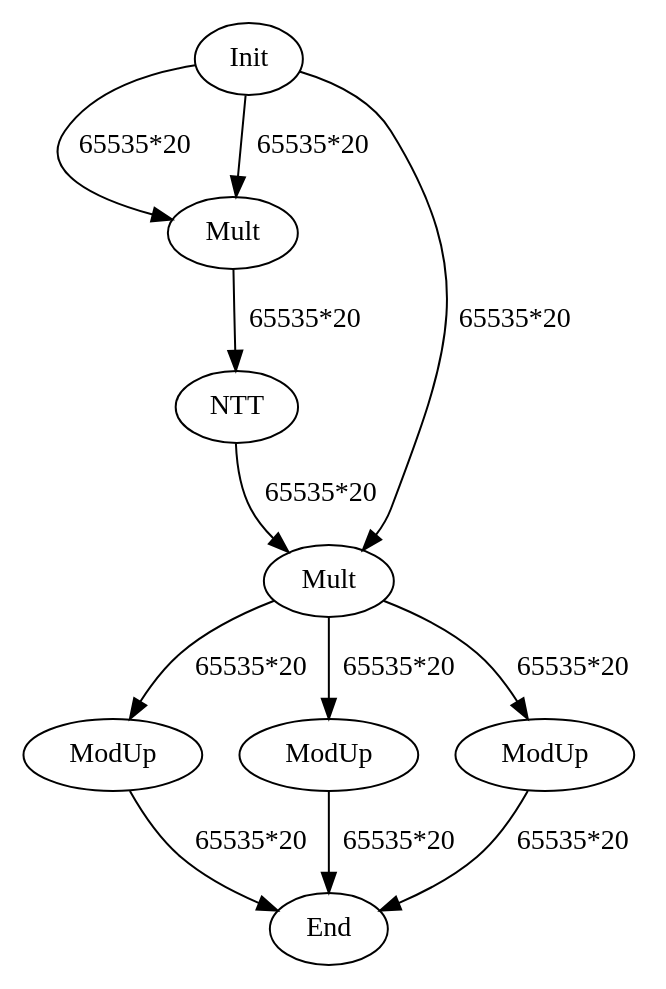
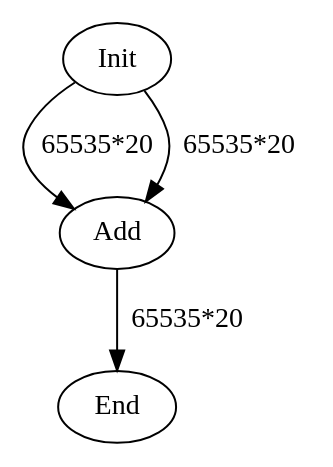
One commit to hal-lab-u-tokyo/PolyFHE changed the diagram in data/graph_poly.dot. Above: the diagram before and after it, drawn with Graphviz. The commit also changed 6 other files, not shown here.

```diff
--- a/data/graph_poly.dot
+++ b/data/graph_poly.dot
@@ -1,21 +1,8 @@
 digraph G {
 Init[label="Init"];
-Mult0[label="Mult"];
-NTT0[label="NTT"];
-Mult1[label="Mult"];
-ModUp0[label="ModUp"];
-ModUp1[label="ModUp"];
-ModUp2[label="ModUp"];
+Add0[label="Add"];
 End[label="End"];
-Init -> Mult0[label="65535*20"];
-Init -> Mult0[label="65535*20"];
-Mult0 -> NTT0[label="65535*20"];
-Init -> Mult1[label="65535*20"];
-NTT0 -> Mult1[label="65535*20"];
-Mult1 -> ModUp0[label="65535*20"];
-Mult1 -> ModUp1[label="65535*20"];
-Mult1 -> ModUp2[label="65535*20"];
-ModUp0 -> End[label="65535*20"];
-ModUp1 -> End[label="65535*20"];
-ModUp2 -> End[label="65535*20"];
+Init -> Add0[label="65535*20"];
+Init -> Add0[label="65535*20"];
+Add0 -> End[label="65535*20"];
 }
```
